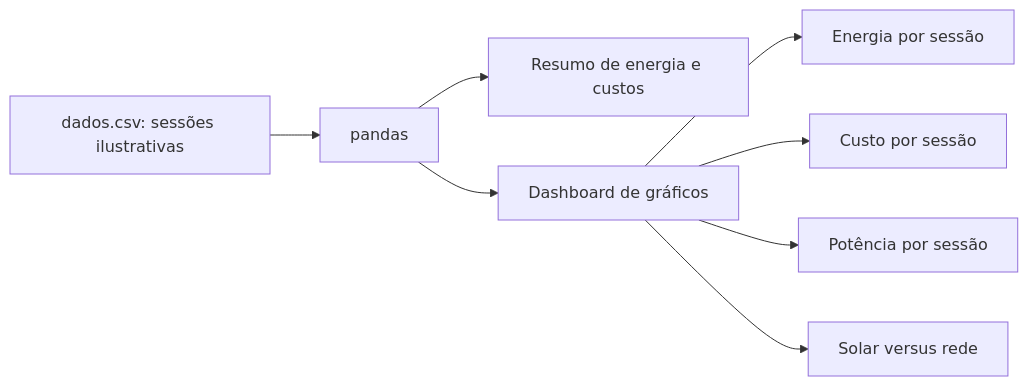
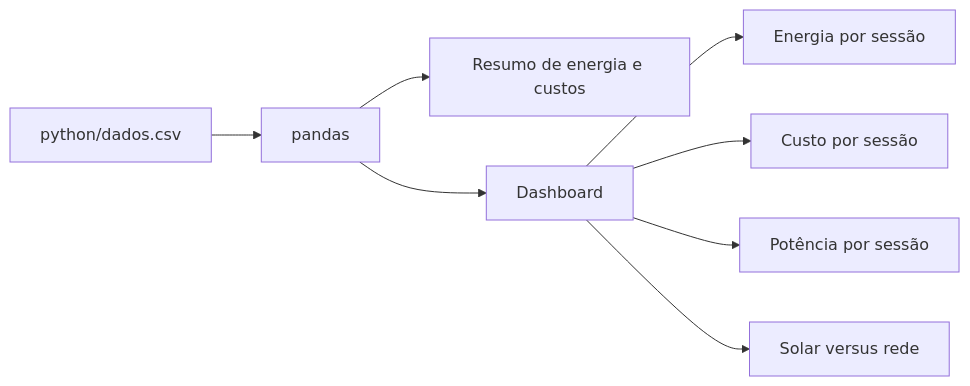
Before and after one commit to jucalemos/sprint_04_gurgel: the third of 3 diagrams in DIAGRAMAS.md, drawn with Mermaid. The commit also changed other lines of this file, not shown here.

Commit message:
Manter diagramas unicos e mover galeria para arquivo proprio

````diff
--- a/DIAGRAMAS.md
+++ b/DIAGRAMAS.md
@@ -37,10 +37,10 @@
 ```mermaid
 flowchart LR
-    A[dados.csv: sessões ilustrativas] --> B[pandas]
+    A[python/dados.csv] --> B[pandas]
     B --> C[Resumo de energia e custos]
-    B --> D[Dashboard de gráficos]
+    B --> D[Dashboard]
     D --> E[Energia por sessão]
     D --> F[Custo por sessão]
     D --> G[Potência por sessão]
     D --> H[Solar versus rede]
 ```
````
